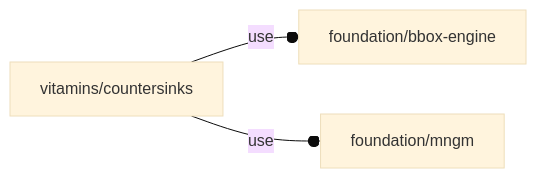
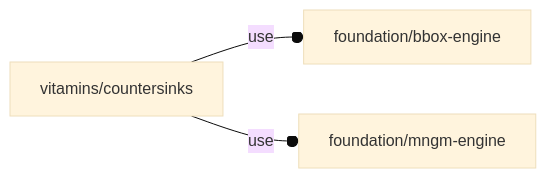
One commit to ggabbiani/OFL changed the diagram in orthodocs/vitamins/countersinks.md. Above: the diagram before and after it, drawn with Mermaid (base theme). The commit also changed 65 other files, not shown here.

Commit message:
foundation/mngm.scad renamed as foundation/mngm-engine.scad

````diff
--- a/orthodocs/vitamins/countersinks.md
+++ b/orthodocs/vitamins/countersinks.md
@@ -5,5 +5,5 @@
 ```mermaid
 graph LR
     A1[vitamins/countersinks] --o|use| A2[foundation/bbox-engine]
-    A1 --o|use| A3[foundation/mngm]
+    A1 --o|use| A3[foundation/mngm-engine]
 ```
````
